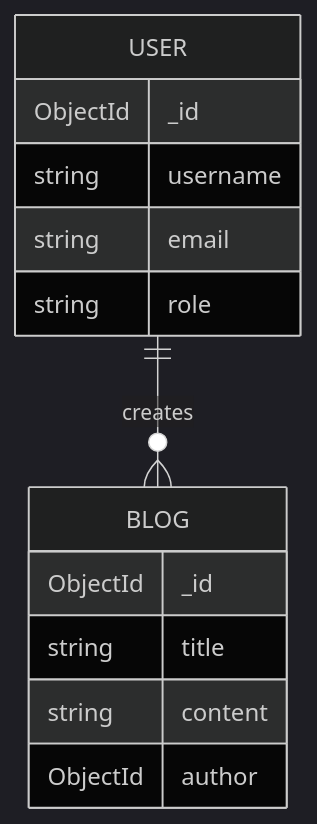
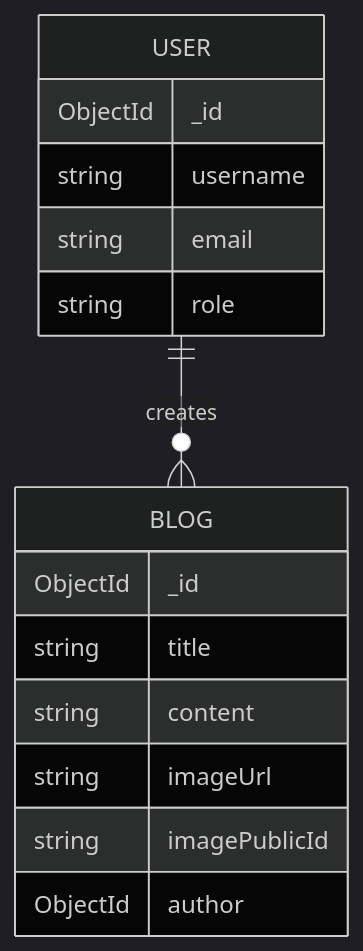
The first of 9 diagrams in README.md (mohammedraees07/blog-app), drawn with Mermaid (dark theme) before and after one commit. The commit also changed other lines of this file, not shown here.

First line of the commit message:
Update README with image upload features

````diff
--- a/README.md
+++ b/README.md
@@ -130,19 +139,21 @@
 ```mermaid
 erDiagram
 
 USER ||--o{ BLOG : creates
 
 USER {
     ObjectId _id
     string username
     string email
     string role
 }
 
 BLOG {
     ObjectId _id
     string title
     string content
+    string imageUrl
+    string imagePublicId
     ObjectId author
 }
 ```
````
